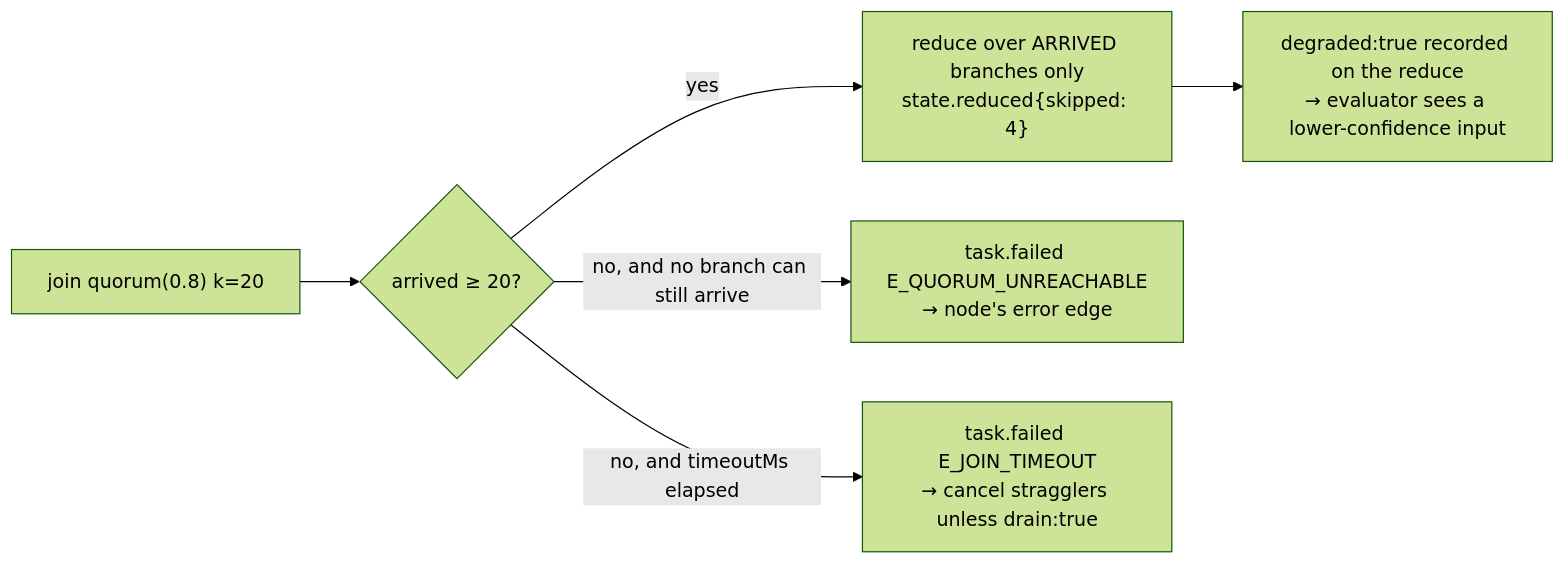
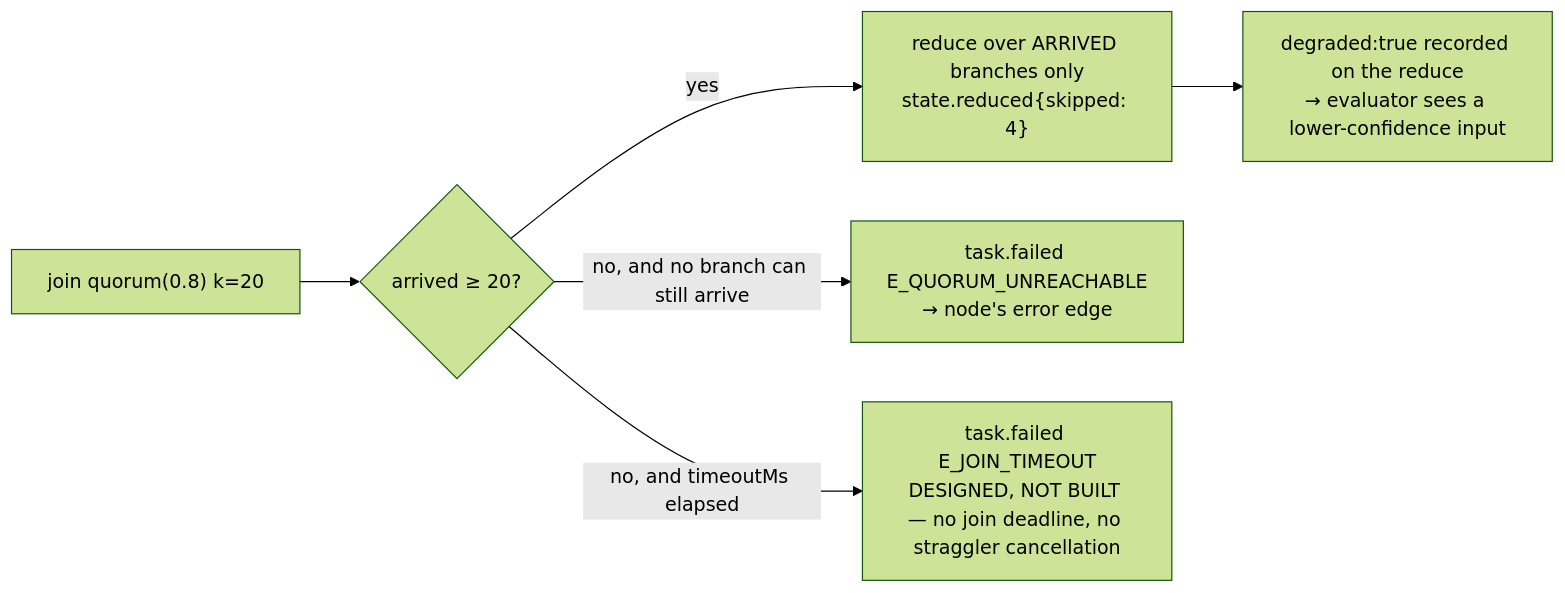
One commit to caohaotiantian/EAgent changed the eighth of 11 diagrams in design/loom/02-EXECUTION-GRAPH.md. Above: the diagram before and after it, drawn with Mermaid (forest theme). The commit also changed other lines of this file and 14 other files, not shown here.

````diff
--- a/design/loom/02-EXECUTION-GRAPH.md
+++ b/design/loom/02-EXECUTION-GRAPH.md
@@ -889,8 +976,8 @@
 ```mermaid
 graph LR
   J["join quorum(0.8) k=20"] --> D{"arrived ≥ 20?"}
   D -->|"yes"| OK["reduce over ARRIVED branches only<br/>state.reduced{skipped: 4}"]
   D -->|"no, and no branch can still arrive"| F["task.failed E_QUORUM_UNREACHABLE<br/>→ node's error edge"]
-  D -->|"no, and timeoutMs elapsed"| T["task.failed E_JOIN_TIMEOUT<br/>→ cancel stragglers unless drain:true"]
+  D -->|"no, and timeoutMs elapsed"| T["task.failed E_JOIN_TIMEOUT<br/>DESIGNED, NOT BUILT — no join deadline, no straggler cancellation"]
   OK --> DEG["degraded:true recorded on the reduce<br/>→ evaluator sees a lower-confidence input"]
 ```
````
